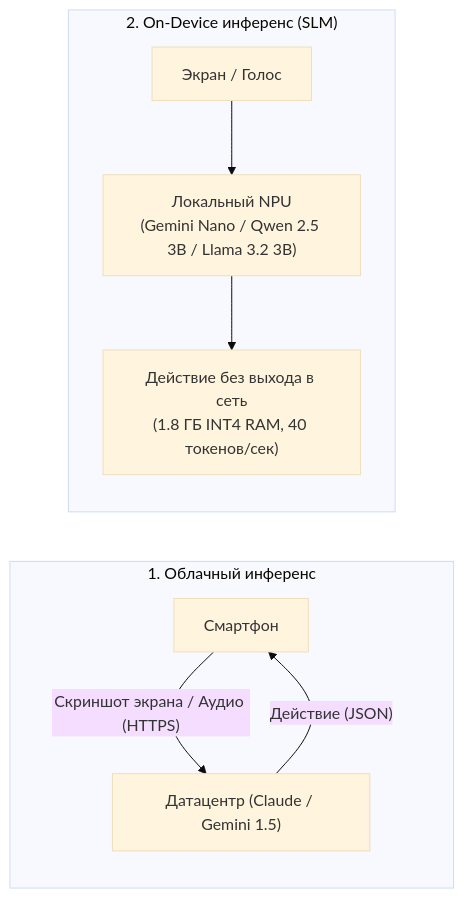
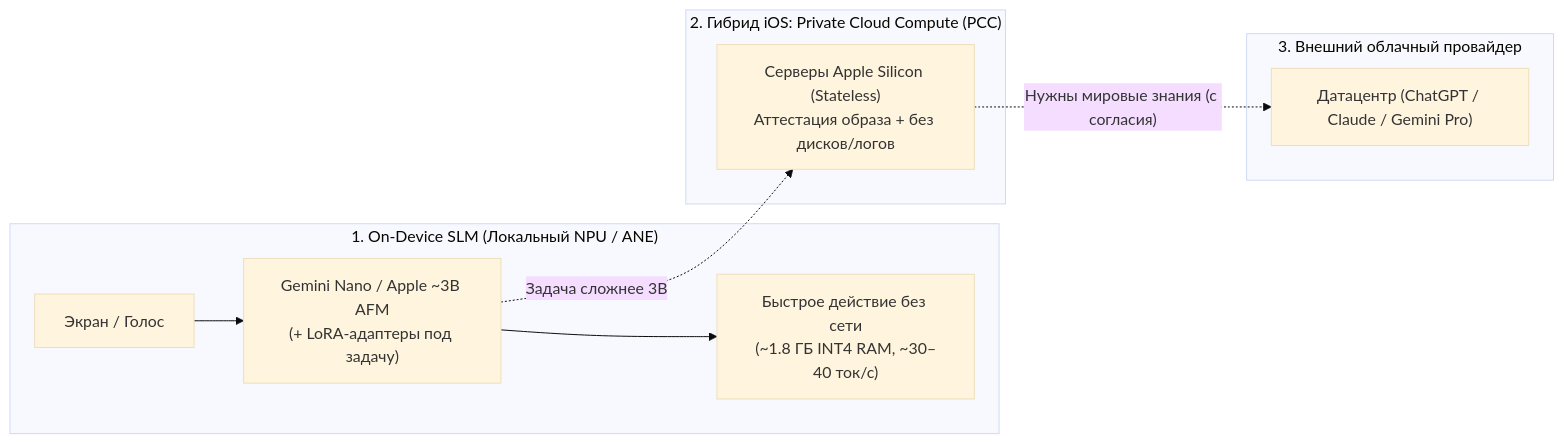
Before and after one commit to COMPACTBLUEFAN/turoring: the fourth of 6 diagrams in Материалы/Тьютор/Неделя 01 (19.10–25.10)/Мобильные ОС (Android) и ИИ-агенты на смартфонах.md, drawn with Mermaid (base theme). The commit also changed other lines of this file and 83 other files, not shown here.

````diff
--- a/Материалы/Тьютор/Неделя 01 (19.10–25.10)/Мобильные ОС (Android) и ИИ-агенты на смартфонах.md
+++ b/Материалы/Тьютор/Неделя 01 (19.10–25.10)/Мобильные ОС (Android) и ИИ-агенты на смартфонах.md
@@ -99,12 +110,15 @@
 ```mermaid
 graph LR
-    subgraph CloudApproach["1. Облачный инференс"]
-        Client1["Смартфон"] -- "Скриншот экрана / Аудио (HTTPS)" --> Cloud["Датацентр (Claude / Gemini 1.5)"]
-        Cloud -- "Действие (JSON)" --> Client1
+    subgraph EdgeApproach["1. On-Device SLM (Локальный NPU / ANE)"]
+        Client2["Экран / Голос"] --> NPU["Gemini Nano / Apple ~3B AFM<br/>(+ LoRA-адаптеры под задачу)"]
+        NPU --> LocalAction["Быстрое действие без сети<br/>(~1.8 ГБ INT4 RAM, ~30–40 ток/с)"]
     end
 
-    subgraph EdgeApproach["2. On-Device инференс (SLM)"]
-        Client2["Экран / Голос"] --> NPU["Локальный NPU<br/>(Gemini Nano / Qwen 2.5 3B / Llama 3.2 3B)"]
-        NPU --> LocalAction["Действие без выхода в сеть<br/>(1.8 ГБ INT4 RAM, 40 токенов/сек)"]
+    subgraph HybridPCC["2. Гибрид iOS: Private Cloud Compute (PCC)"]
+        NPU -. "Задача сложнее 3B" .-> PCC["Серверы Apple Silicon (Stateless)<br/>Аттестация образа + без дисков/логов"]
+    end
+
+    subgraph CloudApproach["3. Внешний облачный провайдер"]
+        PCC -. "Нужны мировые знания (с согласия)" .-> Cloud["Датацентр (ChatGPT / Claude / Gemini Pro)"]
     end
 ```
````
